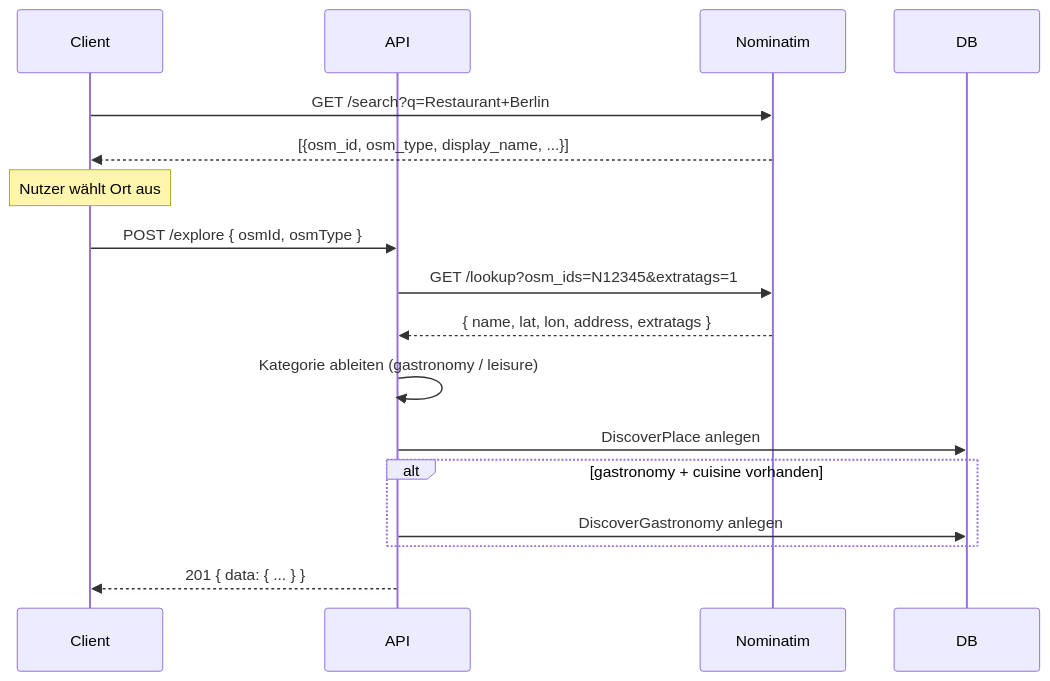
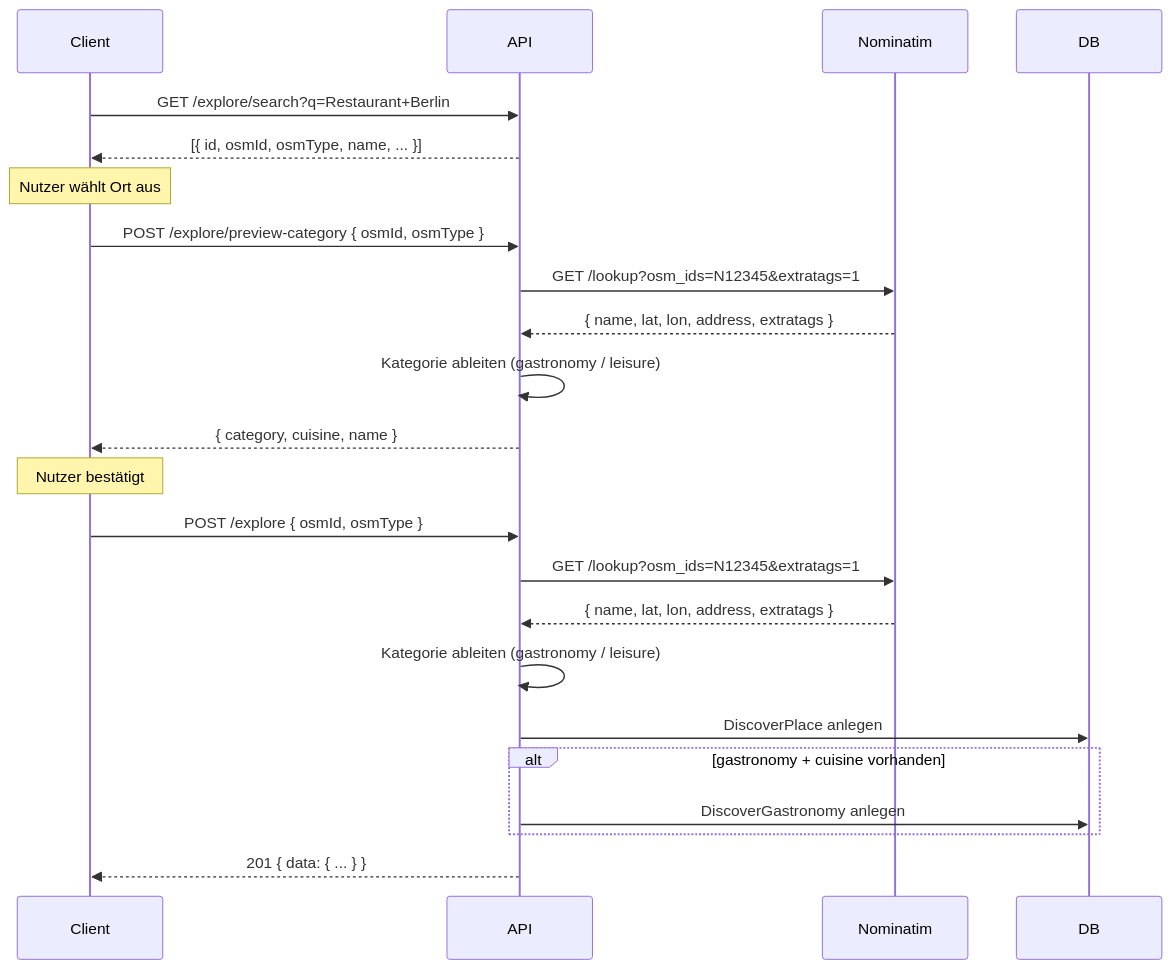
One commit to RntMarc/SinclearAPI changed the first of 2 diagrams in docs/explore/readme.md. Above: the diagram before and after it, drawn with Mermaid. The commit also changed other lines of this file and 4 other files, not shown here.

Commit message:
api determines category, not client

````diff
--- a/docs/explore/readme.md
+++ b/docs/explore/readme.md
@@ -24,22 +25,30 @@
 ```mermaid
 sequenceDiagram
     participant Client
     participant API
     participant Nominatim
     participant DB
 
-    Client->>Nominatim: GET /search?q=Restaurant+Berlin
-    Nominatim-->>Client: [{osm_id, osm_type, display_name, ...}]
+    Client->>API: GET /explore/search?q=Restaurant+Berlin
+    API-->>Client: [{ id, osmId, osmType, name, ... }]
 
     Note over Client: Nutzer wählt Ort aus
+
+    Client->>API: POST /explore/preview-category { osmId, osmType }
+    API->>Nominatim: GET /lookup?osm_ids=N12345&extratags=1
+    Nominatim-->>API: { name, lat, lon, address, extratags }
+    API->>API: Kategorie ableiten (gastronomy / leisure)
+    API-->>Client: { category, cuisine, name }
+
+    Note over Client: Nutzer bestätigt
 
     Client->>API: POST /explore { osmId, osmType }
     API->>Nominatim: GET /lookup?osm_ids=N12345&extratags=1
     Nominatim-->>API: { name, lat, lon, address, extratags }
     API->>API: Kategorie ableiten (gastronomy / leisure)
     API->>DB: DiscoverPlace anlegen
     alt gastronomy + cuisine vorhanden
         API->>DB: DiscoverGastronomy anlegen
     end
     API-->>Client: 201 { data: { ... } }
 ```
````
